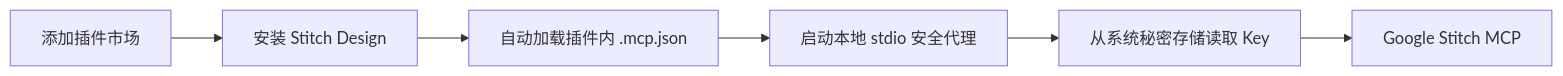
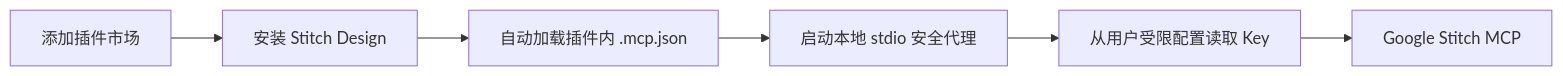
Before and after one commit to full-stack-plugins/stitch-design-plugin: the diagram in docs/getting-started.zh-CN.md, drawn with Mermaid. The commit also changed other lines of this file and 20 other files, not shown here.

````diff
--- a/docs/getting-started.zh-CN.md
+++ b/docs/getting-started.zh-CN.md
@@ -7,8 +7,8 @@
 ```mermaid
 flowchart LR
     A[添加插件市场] --> B[安装 Stitch Design]
     B --> C[自动加载插件内 .mcp.json]
     C --> D[启动本地 stdio 安全代理]
-    D --> E[从系统秘密存储读取 Key]
+    D --> E[从用户受限配置读取 Key]
     E --> F[Google Stitch MCP]
 ```
````
